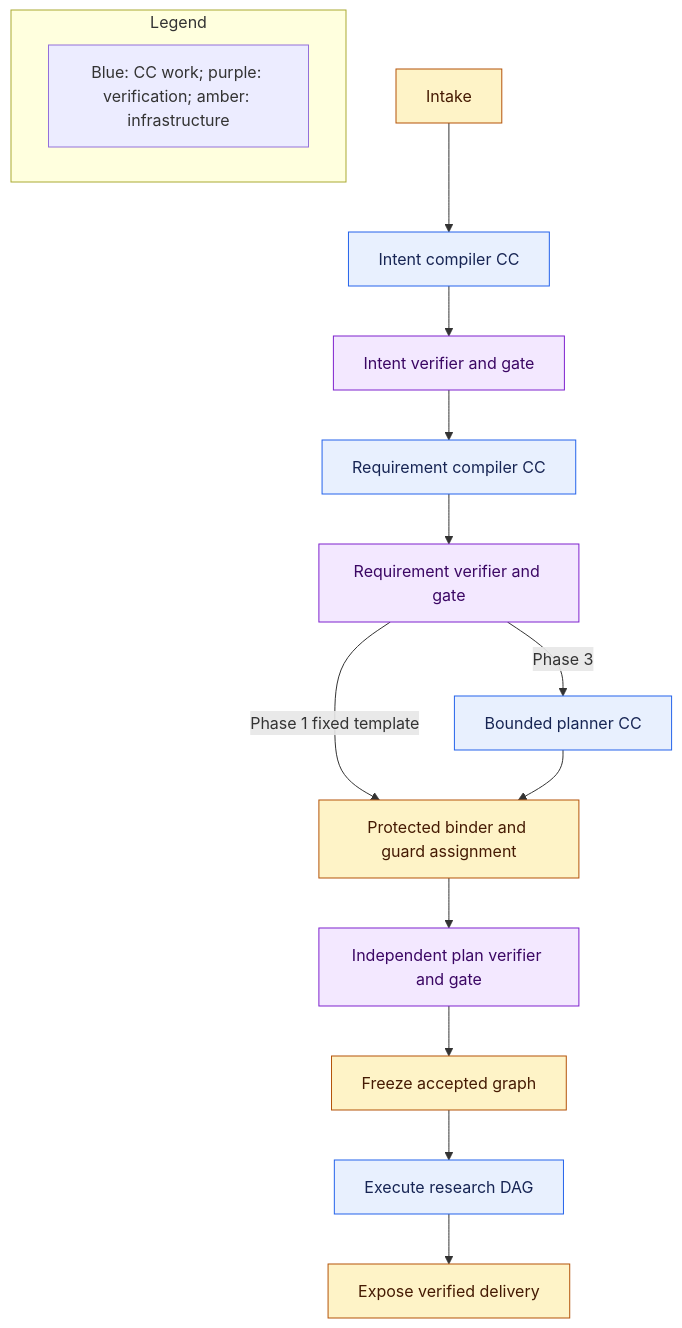
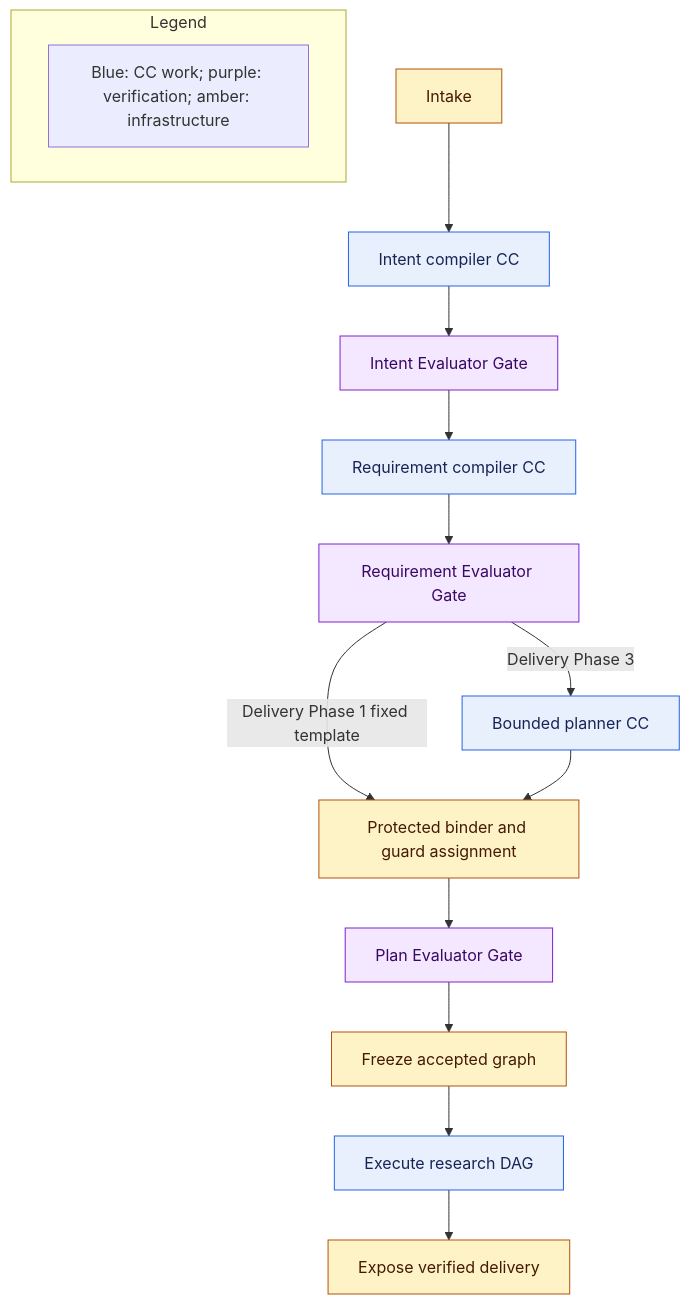
Before and after one commit to Stellven/jiuwenswarm: the first of 2 diagrams in docs/architecture/build-package/workflow.md, drawn with Mermaid. The commit also changed other lines of this file and 39 other files, not shown here.

Commit message:
Standardize architecture vocabulary and name the Phase 1 intent slice

````diff
--- a/docs/architecture/build-package/workflow.md
+++ b/docs/architecture/build-package/workflow.md
@@ -9,23 +9,23 @@
 ```mermaid
 flowchart TB
     Intake[Intake] --> Intent[Intent compiler CC]
-    Intent --> IV[Intent verifier and gate]
+    Intent --> IV[Intent Evaluator Gate]
     IV --> Req[Requirement compiler CC]
-    Req --> RV[Requirement verifier and gate]
-    RV -->|Phase 1 fixed template| Bind[Protected binder and guard assignment]
-    RV -->|Phase 3| Plan[Bounded planner CC]
+    Req --> RV[Requirement Evaluator Gate]
+    RV -->|Delivery Phase 1 fixed template| Bind[Protected binder and guard assignment]
+    RV -->|Delivery Phase 3| Plan[Bounded planner CC]
     Plan --> Bind
-    Bind --> PV[Independent plan verifier and gate]
+    Bind --> PV[Plan Evaluator Gate]
     PV --> Freeze[Freeze accepted graph]
     Freeze --> Run[Execute research DAG]
     Run --> Out[Expose verified delivery]
     subgraph Legend[Legend]
         Key[Blue: CC work; purple: verification; amber: infrastructure]
     end
     classDef work fill:#E8F0FE,stroke:#2563EB,color:#172554
     classDef verify fill:#F3E8FF,stroke:#7E22CE,color:#3B0764
     classDef control fill:#FEF3C7,stroke:#B45309,color:#451A03
     class Intent,Req,Plan,Run work
     class IV,RV,PV verify
     class Intake,Bind,Freeze,Out control
 ```
````
